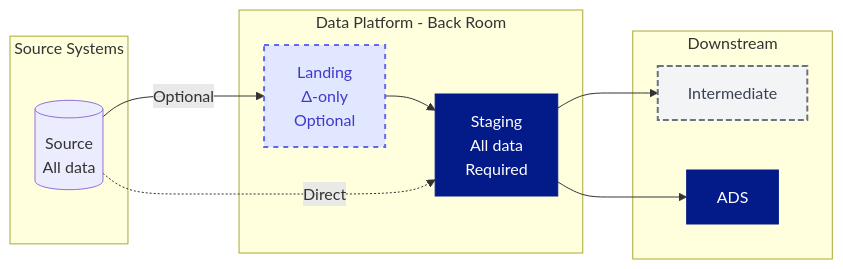
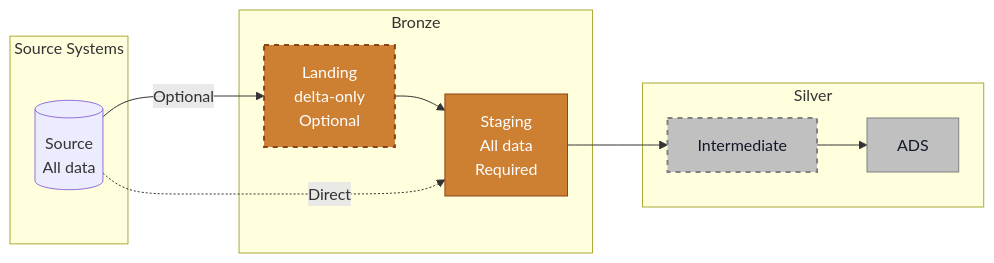
One commit to PlainsightPro/Vision-Playbook changed the diagram in Technical Guideline Ops/Architectural Principles/Landing and Staging.md. Above: the diagram before and after it, drawn with Mermaid. The commit also changed other lines of this file and 18 other files, not shown here.

Commit message:
Updated to better align with Bronze/Silver/Gold

````diff
--- a/Technical Guideline Ops/Architectural Principles/Landing and Staging.md
+++ b/Technical Guideline Ops/Architectural Principles/Landing and Staging.md
@@ -10,27 +10,28 @@
 ```mermaid
 %%{init: { "flowchart": { "useMaxWidth": true } } }%%
 graph LR
     subgraph Source Systems
         S[(Source<br/>All data)]
     end
     
-    subgraph Data Platform - Back Room
-        L[Landing<br/>Δ-only<br/>Optional]:::optional
-        B[Staging<br/>All data<br/>Required]:::all
+    subgraph Bronze
+        L[Landing<br/>delta-only<br/>Optional]:::bronzeOptional
+        B[Staging<br/>All data<br/>Required]:::bronze
     end
     
-    subgraph Downstream
-        I[Intermediate]:::delta
-        C[ADS]:::all
+    subgraph Silver
+        I[Intermediate]:::silverOptional
+        C[ADS]:::silver
     end
     
     S -->|Optional| L
     L --> B
     S -.->|Direct| B
     B --> I
-    B --> C
+    I --> C
     
-    classDef optional fill:#E0E7FF,stroke:#6366F1,stroke-width:2px,stroke-dasharray:5 5,color:#4338CA;
-    classDef all fill:#031B89,stroke:#031B89,stroke-width:1px,color:#FFFFFF;
-    classDef delta fill:#F3F4F6,stroke:#6B7280,stroke-width:2px,stroke-dasharray:6 3,color:#374151;
+    classDef bronze fill:#CD7F32,stroke:#8B4513,stroke-width:1px,color:#FFFFFF;
+    classDef bronzeOptional fill:#CD7F32,stroke:#8B4513,stroke-width:2px,stroke-dasharray:5 5,color:#FFFFFF;
+    classDef silver fill:#C0C0C0,stroke:#808080,stroke-width:1px,color:#111827;
+    classDef silverOptional fill:#C0C0C0,stroke:#808080,stroke-width:2px,stroke-dasharray:5 5,color:#111827;
 ```
````
